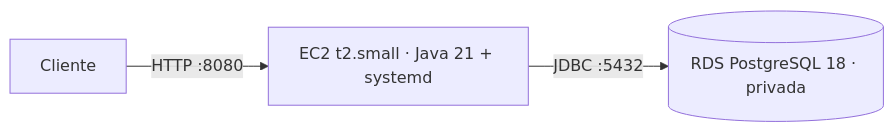
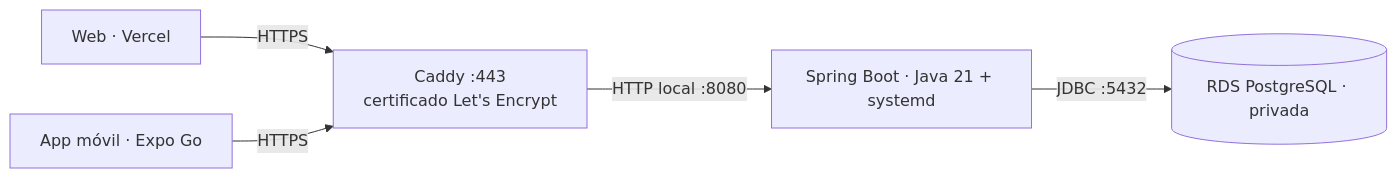
The third of 3 diagrams in README.md (cristhianjinchuna-dev/Backend_MUVU), drawn with Mermaid before and after one commit. The commit also changed other lines of this file, not shown here.

````diff
--- a/README.md
+++ b/README.md
@@ -279,5 +295,7 @@
 ```mermaid
 flowchart LR
-    U[Cliente] -->|HTTP :8080| EC2[EC2 t2.small · Java 21 + systemd]
-    EC2 -->|JDBC :5432| RDS[(RDS PostgreSQL 18 · privada)]
+    W[Web · Vercel] -->|HTTPS| C
+    M[App móvil · Expo Go] -->|HTTPS| C
+    C[Caddy :443<br/>certificado Let's Encrypt] -->|HTTP local :8080| EC2[Spring Boot · Java 21 + systemd]
+    EC2 -->|JDBC :5432| RDS[(RDS PostgreSQL · privada)]
 ```
````
